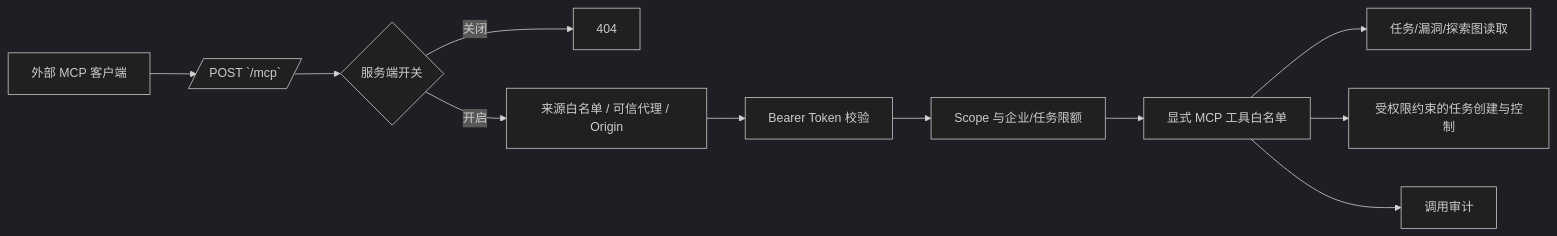
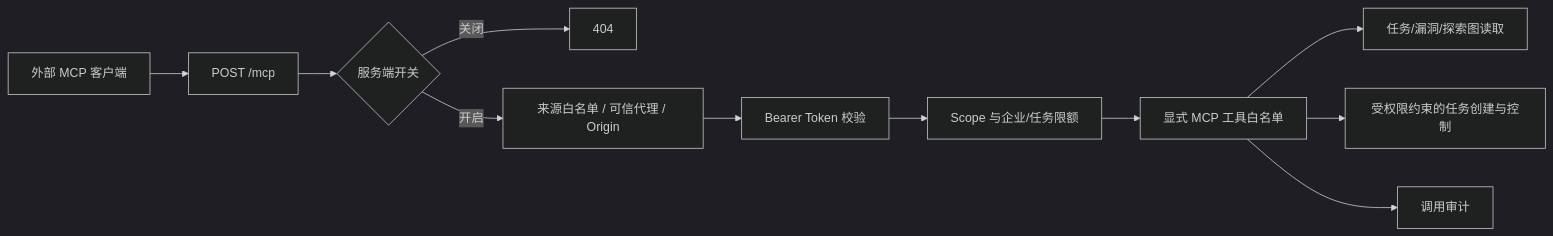
The fifth of 5 diagrams in docs/architecture.md (MythHack/ARTEX), drawn with Mermaid (dark theme) before and after one commit.

Commit message:
docs: clarify external MCP endpoint diagram

````diff
--- a/docs/architecture.md
+++ b/docs/architecture.md
@@ -354,13 +354,13 @@
 ```mermaid
 flowchart LR
-  C[外部 MCP 客户端] --> M[/POST `/mcp`/]
+  C[外部 MCP 客户端] --> M["POST /mcp"]
   M --> F{服务端开关}
   F -->|关闭| N[404]
   F -->|开启| A[来源白名单 / 可信代理 / Origin]
   A --> T[Bearer Token 校验]
   T --> S[Scope 与企业/任务限额]
   S --> W[显式 MCP 工具白名单]
   W --> D[任务/漏洞/探索图读取]
   W --> X[受权限约束的任务创建与控制]
   W --> L[调用审计]
 ```
````
